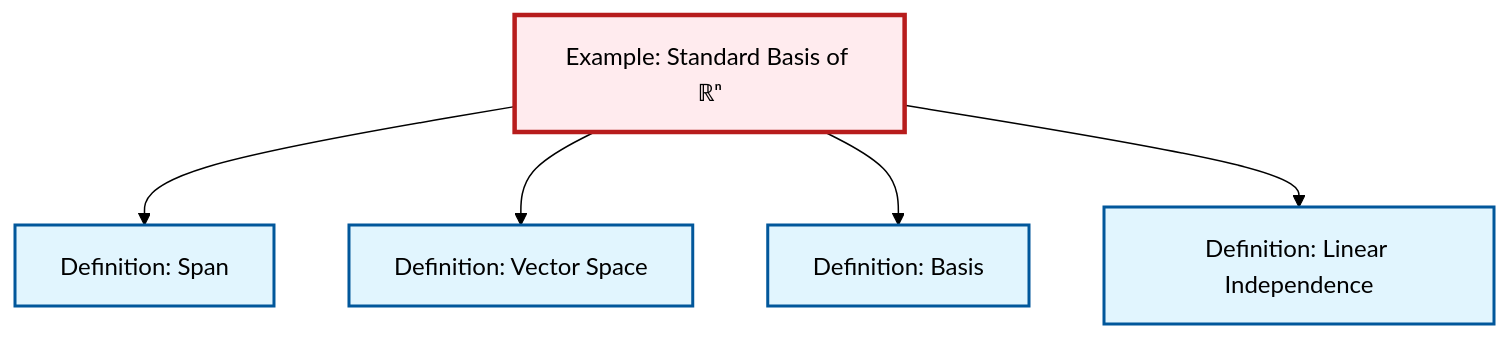
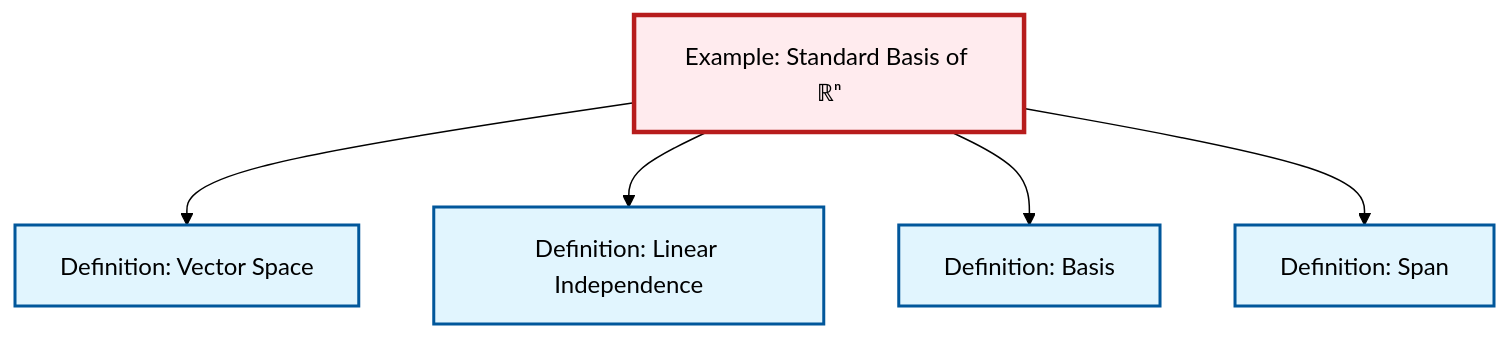
The diagram in content/en/algebra/ex-standard-basis-rn.qmd (RK0429/ModernMath), drawn with Mermaid (forest theme) before and after one commit. The commit also changed 511 other files, not shown here.

````diff
--- a/content/en/algebra/ex-standard-basis-rn.qmd
+++ b/content/en/algebra/ex-standard-basis-rn.qmd
@@ -62,24 +62,19 @@
 ```{mermaid}
 %%| fig-cap: "Local dependency graph"
 graph TD
     classDef definition fill:#e1f5fe,stroke:#01579b,stroke-width:2px
     classDef theorem fill:#f3e5f5,stroke:#4a148c,stroke-width:2px
     classDef axiom fill:#fff3e0,stroke:#e65100,stroke-width:2px
     classDef example fill:#e8f5e9,stroke:#1b5e20,stroke-width:2px
     classDef current fill:#ffebee,stroke:#b71c1c,stroke-width:3px
+    def-span["Definition: Span"]:::definition
     def-basis["Definition: Basis"]:::definition
-    def-span["Definition: Span"]:::definition
     ex-standard-basis-rn["Example: Standard Basis of ℝⁿ"]:::example
+    def-linear-independence["Definition: Linear Independence"]:::definition
     def-vector-space["Definition: Vector Space"]:::definition
-    def-linear-independence["Definition: Linear Independence"]:::definition
+    ex-standard-basis-rn --> def-vector-space
+    ex-standard-basis-rn --> def-linear-independence
+    ex-standard-basis-rn --> def-basis
     ex-standard-basis-rn --> def-span
-    ex-standard-basis-rn --> def-vector-space
-    ex-standard-basis-rn --> def-basis
-    ex-standard-basis-rn --> def-linear-independence
     class ex-standard-basis-rn current
-
-    click def-basis "def-basis.html" "Go to Basis definition"
-    click def-span "def-span.html" "Go to Span definition"
-    click def-vector-space "def-vector-space.html" "Go to Vector Space definition"
-    click def-linear-independence "def-linear-independence.html" "Go to Linear Independence definition"
 ```
````
